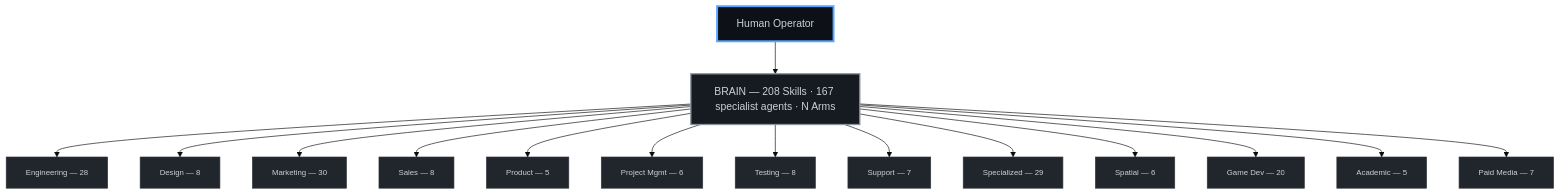
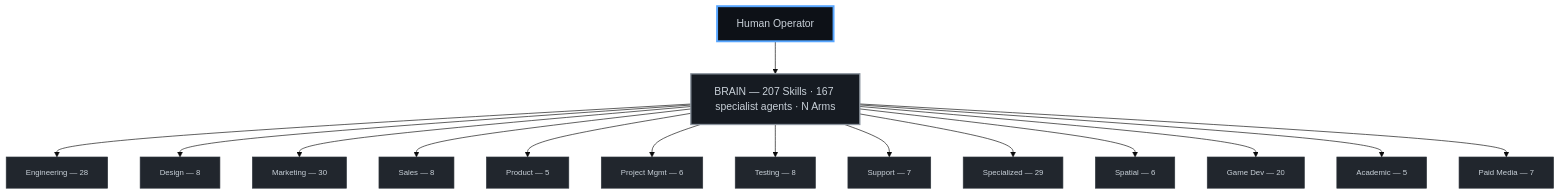
One commit to CarlosCaPe/octorato changed the diagram in README.md. Above: the diagram before and after it, drawn with Mermaid (base theme). The commit also changed other lines of this file and 4 other files, not shown here.

````diff
--- a/README.md
+++ b/README.md
@@ -415,24 +415,24 @@
 ```mermaid
 graph TB
     classDef ceo fill:#0D1117,stroke:#58A6FF,stroke-width:3px,color:#C9D1D9
     classDef brain fill:#161B22,stroke:#8B949E,stroke-width:2px,color:#C9D1D9
     classDef div fill:#21262D,stroke:#30363D,stroke-width:1px,color:#C9D1D9,font-size:12px
 
     CEO["Human Operator"]:::ceo
-    BRAIN["BRAIN — 208 Skills · 167 specialist agents · N Arms"]:::brain
+    BRAIN["BRAIN — 207 Skills · 167 specialist agents · N Arms"]:::brain
     CEO --> BRAIN
 
     BRAIN --> ENG["Engineering — 28"]:::div
     BRAIN --> DES["Design — 8"]:::div
     BRAIN --> MKT["Marketing — 30"]:::div
     BRAIN --> SAL["Sales — 8"]:::div
     BRAIN --> PRD["Product — 5"]:::div
     BRAIN --> PM["Project Mgmt — 6"]:::div
     BRAIN --> TST["Testing — 8"]:::div
     BRAIN --> SUP["Support — 7"]:::div
     BRAIN --> SPC["Specialized — 29"]:::div
     BRAIN --> XR["Spatial — 6"]:::div
     BRAIN --> GMD["Game Dev — 20"]:::div
     BRAIN --> ACD["Academic — 5"]:::div
     BRAIN --> PMA["Paid Media — 7"]:::div
 ```
````
